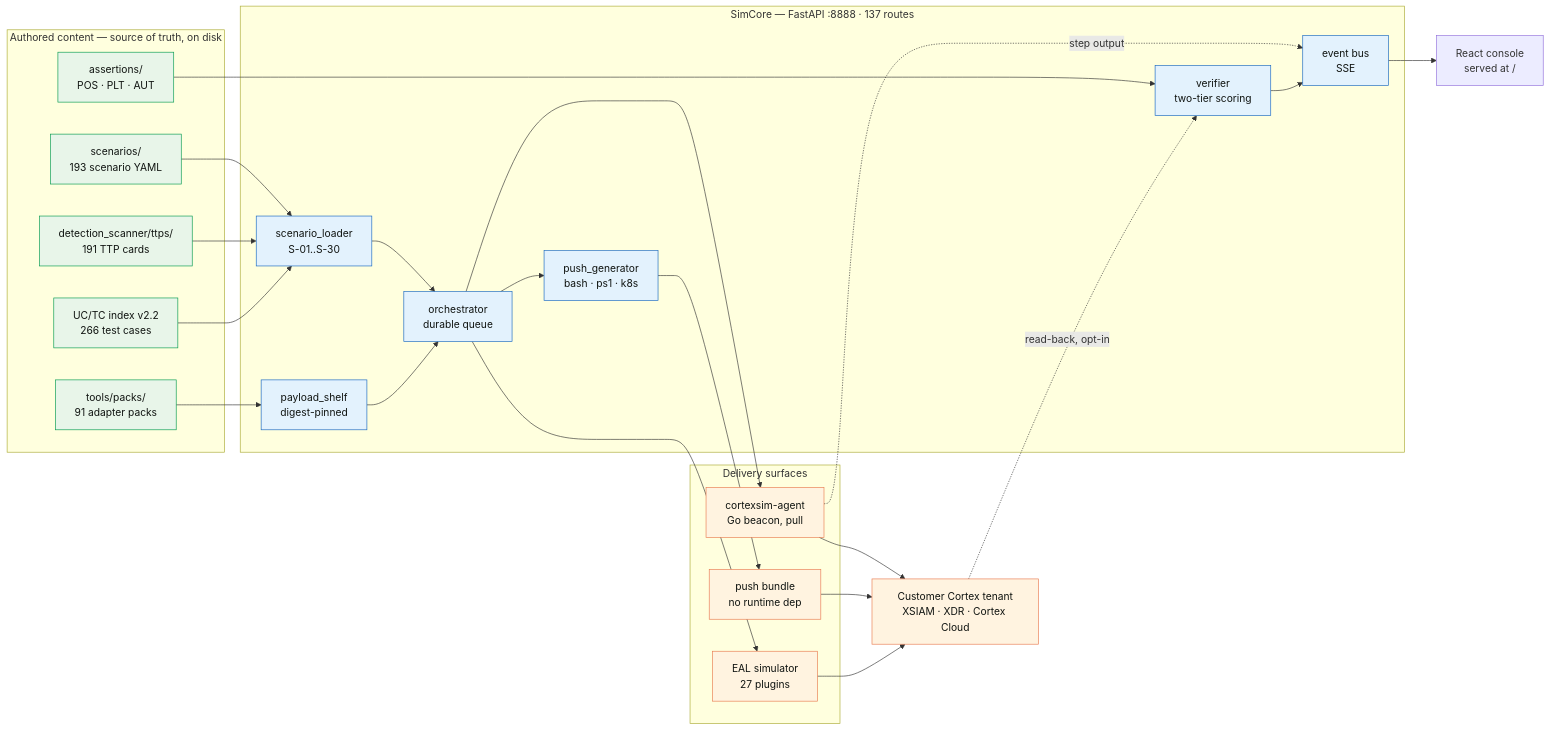
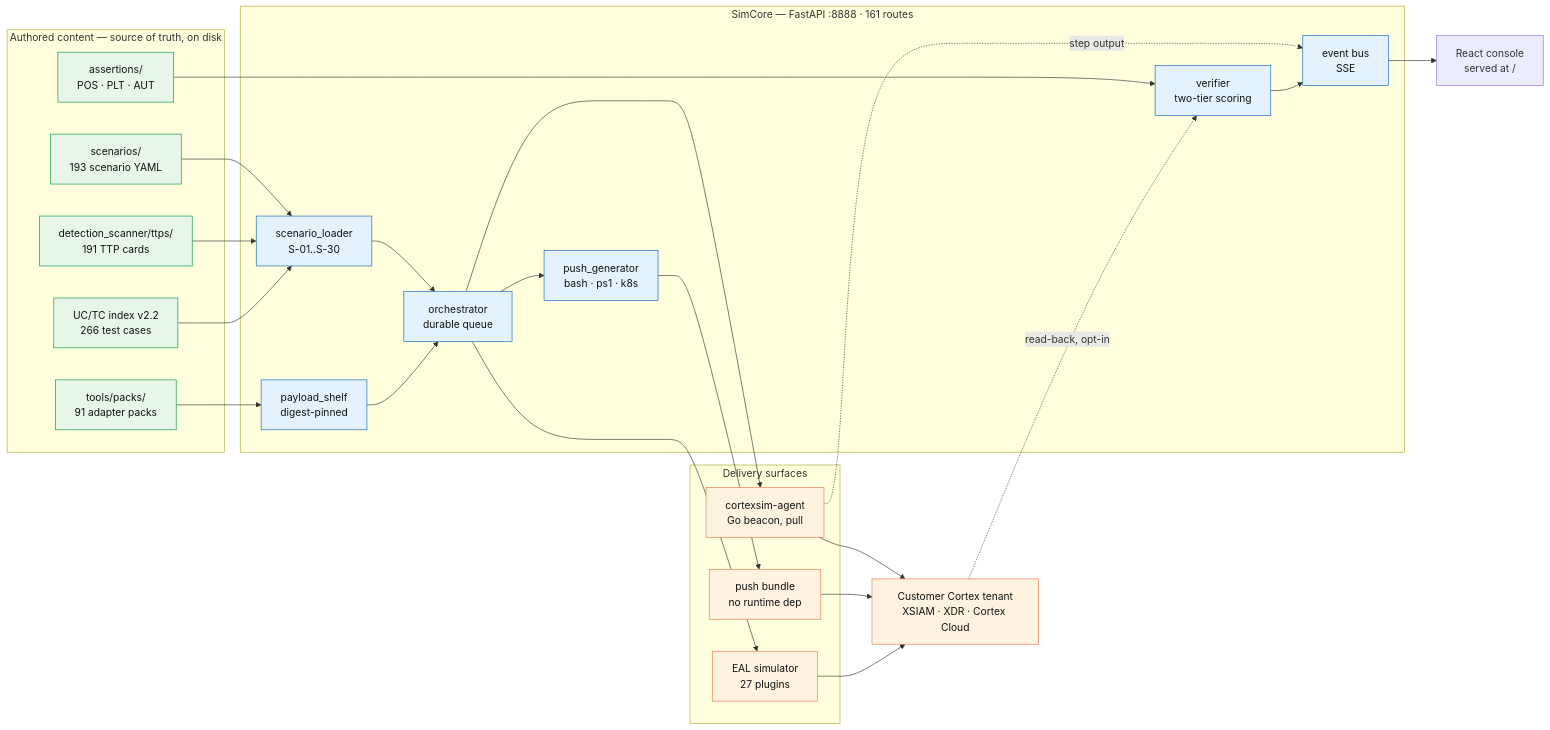
One commit to hankthebldr/cortex-pov-engine changed the first of 6 diagrams in README.md. Above: the diagram before and after it, drawn with Mermaid. The commit also changed other lines of this file and 2 other files, not shown here.

First line of the commit message:
docs(readme): recount routes against the regenerated ground truth

````diff
--- a/README.md
+++ b/README.md
@@ -251,54 +251,54 @@
 ```mermaid
 flowchart LR
     subgraph AUTHOR["Authored content — source of truth, on disk"]
         SC["scenarios/<br/>193 scenario YAML"]
         TTP["detection_scanner/ttps/<br/>191 TTP cards"]
         ASRT["assertions/<br/>POS · PLT · AUT"]
         PACK["tools/packs/<br/>91 adapter packs"]
         IDX["UC/TC index v2.2<br/>266 test cases"]
     end
 
-    subgraph CORE["SimCore — FastAPI :8888 · 137 routes"]
+    subgraph CORE["SimCore — FastAPI :8888 · 161 routes"]
         LOAD["scenario_loader<br/>S-01..S-30"]
         ORCH["orchestrator<br/>durable queue"]
         SHELF["payload_shelf<br/>digest-pinned"]
         VERIF["verifier<br/>two-tier scoring"]
         BUS["event bus<br/>SSE"]
         PUSH["push_generator<br/>bash · ps1 · k8s"]
     end
 
     subgraph EXEC["Delivery surfaces"]
         AGENT["cortexsim-agent<br/>Go beacon, pull"]
         BUNDLE["push bundle<br/>no runtime dep"]
         EAL["EAL simulator<br/>27 plugins"]
     end
 
     TENANT["Customer Cortex tenant<br/>XSIAM · XDR · Cortex Cloud"]
     UI["React console<br/>served at /"]
 
     SC --> LOAD
     TTP --> LOAD
     PACK --> SHELF
     IDX --> LOAD
     ASRT --> VERIF
     LOAD --> ORCH
     SHELF --> ORCH
     ORCH --> AGENT
     ORCH --> PUSH
     PUSH --> BUNDLE
     ORCH --> EAL
     AGENT --> TENANT
     BUNDLE --> TENANT
     EAL --> TENANT
     AGENT -. "step output" .-> BUS
     BUS --> UI
     TENANT -. "read-back, opt-in" .-> VERIF
     VERIF --> BUS
 
     classDef src fill:#e8f5e9,stroke:#00994d,color:#101411
     classDef eng fill:#e3f2fd,stroke:#1565c0,color:#101411
     classDef out fill:#fff3e0,stroke:#e87a4f,color:#101411
     class SC,TTP,ASRT,PACK,IDX src
     class LOAD,ORCH,SHELF,VERIF,BUS,PUSH eng
     class AGENT,BUNDLE,EAL,TENANT out
 ```
````
